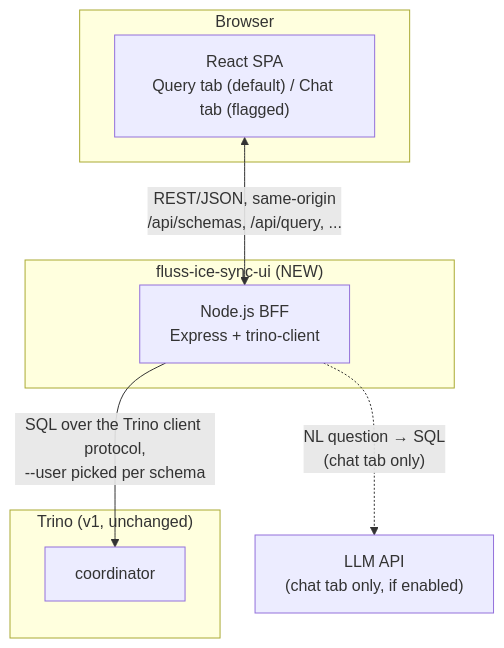
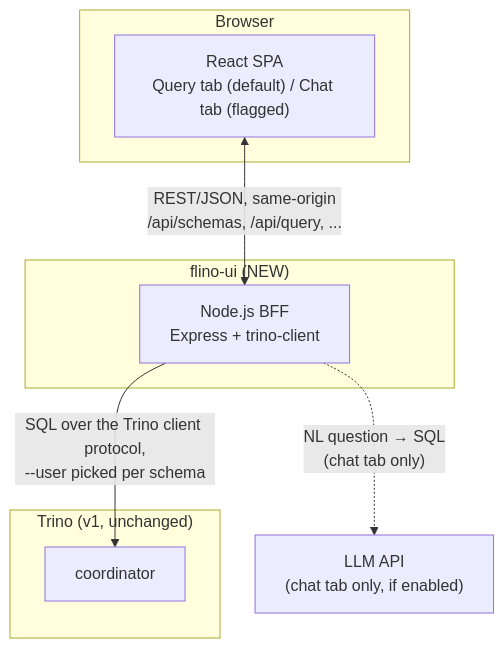
The first of 2 diagrams in doc/design/v2-web-ui-design.md (avikbesu/fluss-ice-sync), drawn with Mermaid before and after one commit. The commit also changed other lines of this file and 236 other files, not shown here.

````diff
--- a/doc/design/v2-web-ui-design.md
+++ b/doc/design/v2-web-ui-design.md
@@ -81,20 +81,20 @@
 ```mermaid
 flowchart TB
     subgraph BROWSER["Browser"]
         UI["React SPA<br/>Query tab (default) / Chat tab (flagged)"]
     end
 
-    subgraph UISVC["fluss-ice-sync-ui (NEW)"]
+    subgraph UISVC["flino-ui (NEW)"]
         BFF["Node.js BFF<br/>Express + trino-client"]
     end
 
     subgraph TRINO["Trino (v1, unchanged)"]
         TC["coordinator"]
     end
 
     LLM["LLM API<br/>(chat tab only, if enabled)"]
 
     UI <-->|"REST/JSON, same-origin<br/>/api/schemas, /api/query, ..."| BFF
     BFF -->|"SQL over the Trino client protocol,<br/>--user picked per schema"| TC
     BFF -.->|"NL question → SQL<br/>(chat tab only)"| LLM
 ```
````
